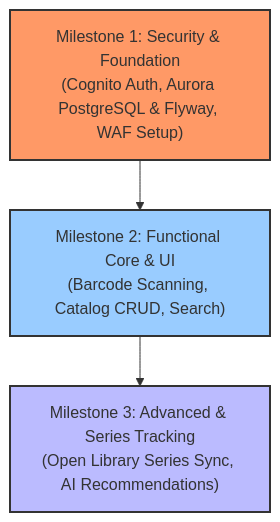
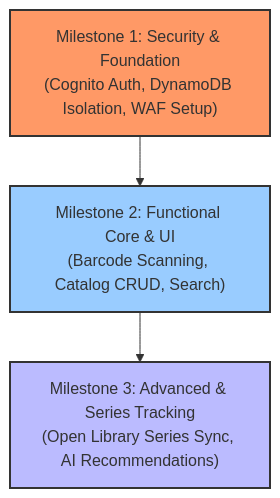
The diagram in docs-site/docs/product/roadmap.md (richarddowsett/librarian), drawn with Mermaid before and after one commit. The commit also changed other lines of this file and 29 other files, not shown here.

Commit message:
revert: revert PostgreSQL migration back to DynamoDB architecture

````diff
--- a/docs-site/docs/product/roadmap.md
+++ b/docs-site/docs/product/roadmap.md
@@ -16,8 +16,8 @@
 ```mermaid
 graph TD
-    M1["Milestone 1: Security & Foundation<br>(Cognito Auth, Aurora PostgreSQL & Flyway, WAF Setup)"] --> M2["Milestone 2: Functional Core & UI<br>(Barcode Scanning, Catalog CRUD, Search)"]
+    M1["Milestone 1: Security & Foundation<br>(Cognito Auth, DynamoDB Isolation, WAF Setup)"] --> M2["Milestone 2: Functional Core & UI<br>(Barcode Scanning, Catalog CRUD, Search)"]
     M2 --> M3["Milestone 3: Advanced & Series Tracking<br>(Open Library Series Sync, AI Recommendations)"]
     style M1 fill:#f96,stroke:#333,stroke-width:2px
     style M2 fill:#9cf,stroke:#333,stroke-width:2px
     style M3 fill:#bbf,stroke:#333,stroke-width:2px
 ```
````
